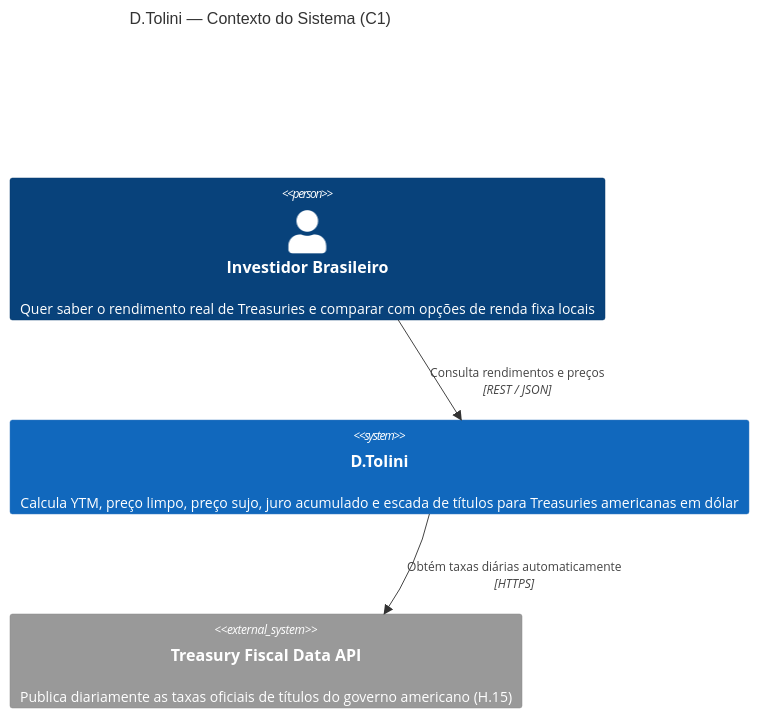
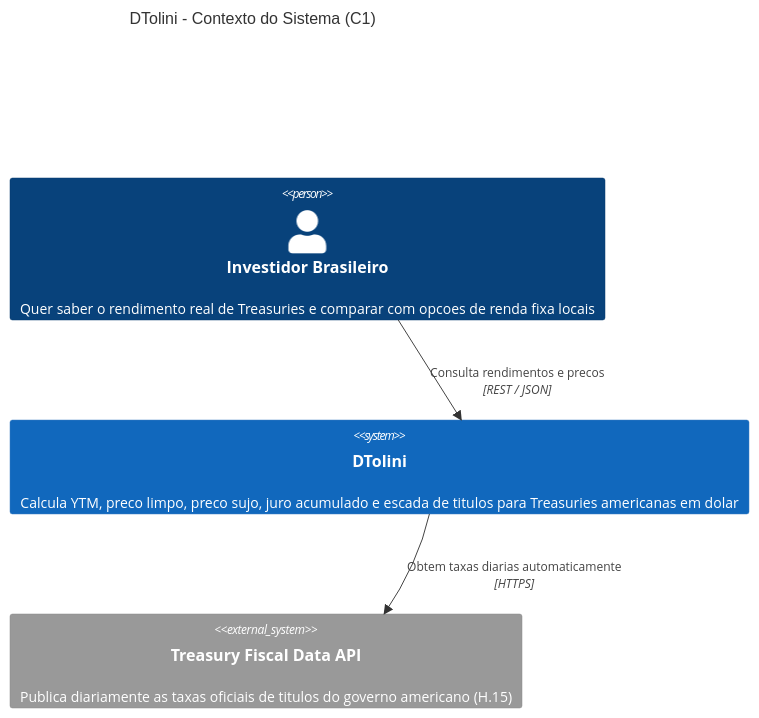
One commit to Danilotolini/dtolini changed the diagram in docs/diagrams/c4-l1-contexto.mermaid. Above: the diagram before and after it, drawn with Mermaid. The commit also changed 74 other files, not shown here.

```diff
--- a/docs/diagrams/c4-l1-contexto.mermaid
+++ b/docs/diagrams/c4-l1-contexto.mermaid
@@ -1,11 +1,11 @@
 C4Context
-    title D.Tolini — Contexto do Sistema (C1)
+    title DTolini - Contexto do Sistema (C1)
 
-    Person(investidor, "Investidor Brasileiro", "Quer saber o rendimento real de Treasuries e comparar com opções de renda fixa locais")
+    Person(investidor, "Investidor Brasileiro", "Quer saber o rendimento real de Treasuries e comparar com opcoes de renda fixa locais")
 
-    System(dtolini, "D.Tolini", "Calcula YTM, preço limpo, preço sujo, juro acumulado e escada de títulos para Treasuries americanas em dólar")
+    System(dtolini, "DTolini", "Calcula YTM, preco limpo, preco sujo, juro acumulado e escada de titulos para Treasuries americanas em dolar")
 
-    System_Ext(treasury, "Treasury Fiscal Data API", "Publica diariamente as taxas oficiais de títulos do governo americano (H.15)")
+    System_Ext(treasury, "Treasury Fiscal Data API", "Publica diariamente as taxas oficiais de titulos do governo americano (H.15)")
 
-    Rel(investidor, dtolini, "Consulta rendimentos e preços", "REST / JSON")
-    Rel(dtolini, treasury, "Obtém taxas diárias automaticamente", "HTTPS")
+    Rel(investidor, dtolini, "Consulta rendimentos e precos", "REST / JSON")
+    Rel(dtolini, treasury, "Obtem taxas diarias automaticamente", "HTTPS")
```
